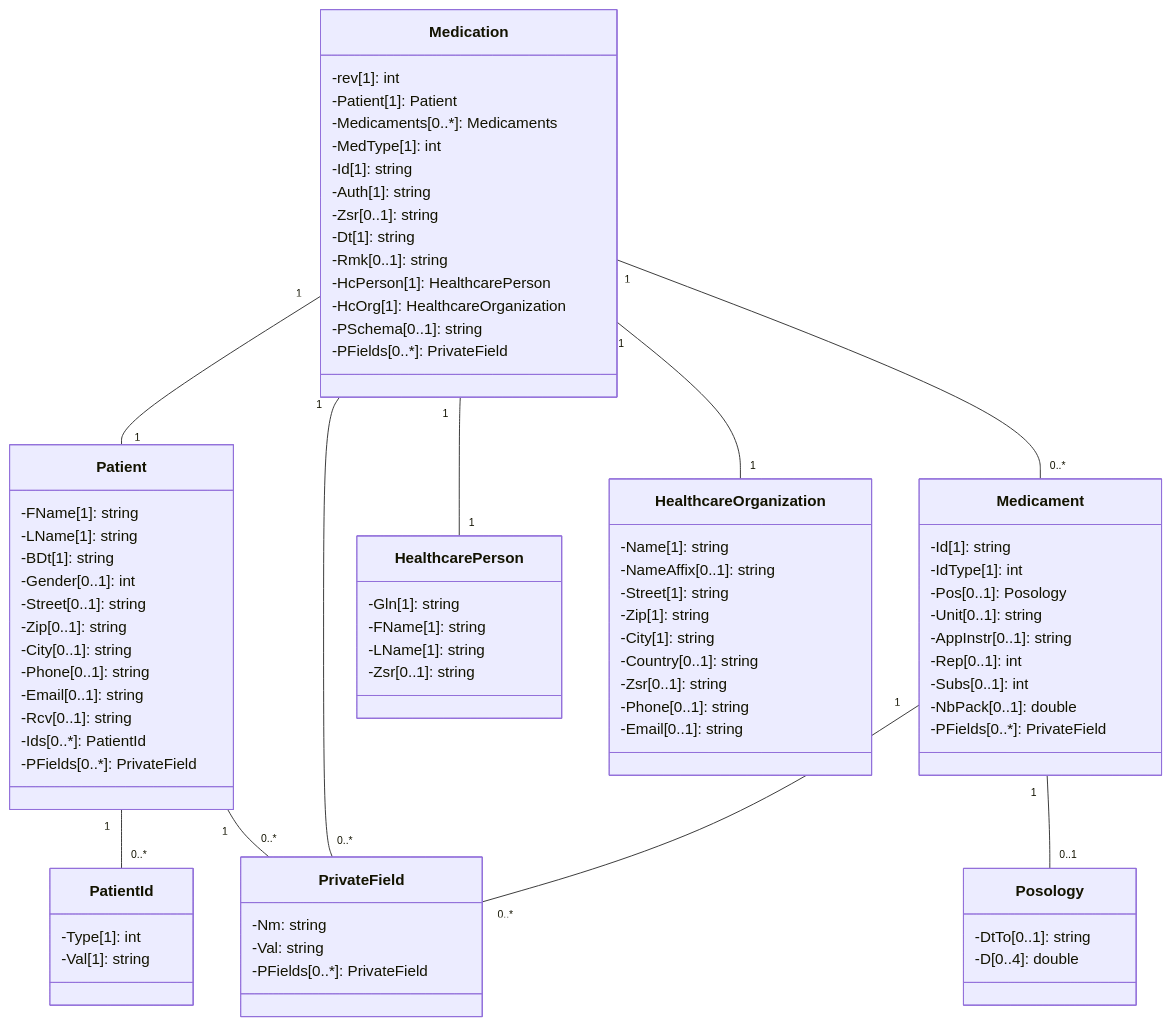
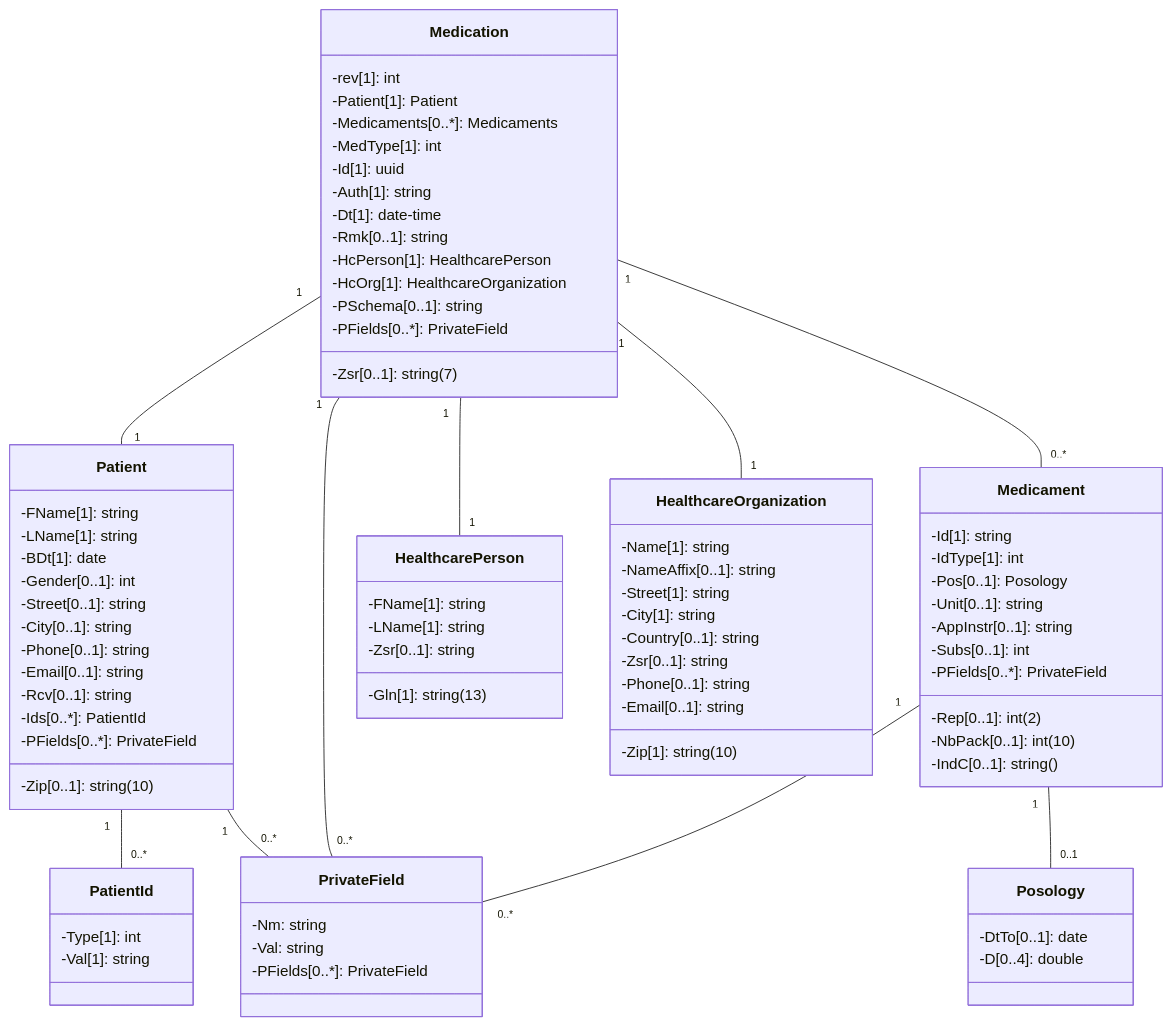
The diagram in chmed16a/prescription.md (NicoGentiDoit/Chmed16ATools), drawn with Mermaid before and after one commit. The commit also changed other lines of this file, not shown here.

```diff
--- a/chmed16a/prescription.md
+++ b/chmed16a/prescription.md
@@ -96,10 +119,10 @@
     class Patient {
         -FName[1]: string
         -LName[1]: string
-        -BDt[1]: string
+        -BDt[1]: date
         -Gender[0..1]: int
         -Street[0..1]: string
-        -Zip[0..1]: string
+        -Zip[0..1]: string(10)
         -City[0..1]: string
         -Phone[0..1]: string
         -Email[0..1]: string
@@ -124,10 +147,10 @@
         -Patient[1]: Patient
         -Medicaments[0..*]: Medicaments
         -MedType[1]: int
-        -Id[1]: string
+        -Id[1]: uuid
         -Auth[1]: string
-        -Zsr[0..1]: string
-        -Dt[1]: string
+        -Zsr[0..1]: string(7)
+        -Dt[1]: date-time
         -Rmk[0..1]: string
         -HcPerson[1]: HealthcarePerson
         -HcOrg[1]: HealthcareOrganization
@@ -141,19 +164,20 @@
         -Pos[0..1]: Posology
         -Unit[0..1]: string
         -AppInstr[0..1]: string
-        -Rep[0..1]: int
+        -Rep[0..1]: int(2)
         -Subs[0..1]: int
-        -NbPack[0..1]: double
+        -NbPack[0..1]: int(10)
         -PFields[0..*]: PrivateField
+        -IndC[0..1]: string()
     }
 
     class Posology {
-        -DtTo[0..1]: string
+        -DtTo[0..1]: date
         -D[0..4]: double
     }
 
     class HealthcarePerson {
-        -Gln[1]: string
+        -Gln[1]: string(13)
         -FName[1]: string
         -LName[1]: string
         -Zsr[0..1]: string
@@ -163,7 +187,7 @@
         -Name[1]: string
         -NameAffix[0..1]: string
         -Street[1]: string
-        -Zip[1]: string
+        -Zip[1]: string(10)
         -City[1]: string
         -Country[0..1]: string
         -Zsr[0..1]: string
```
